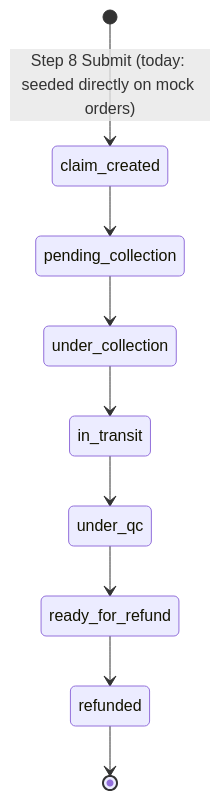
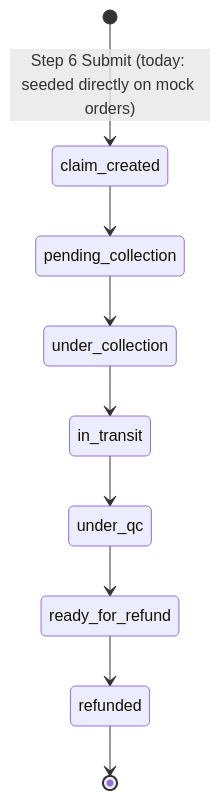
The fourth of 5 diagrams in docs/my-account-flow.md (andrea-revibe/my-account-redesign-v2), drawn with Mermaid before and after one commit. The commit also changed other lines of this file and 17 other files, not shown here.

````diff
--- a/docs/my-account-flow.md
+++ b/docs/my-account-flow.md
@@ -512,11 +510,11 @@
 ```mermaid
 stateDiagram-v2
-    [*] --> claim_created: Step 8 Submit (today: seeded directly on mock orders)
+    [*] --> claim_created: Step 6 Submit (today: seeded directly on mock orders)
     claim_created --> pending_collection
     pending_collection --> under_collection
     under_collection --> in_transit
     in_transit --> under_qc
     under_qc --> ready_for_refund
     ready_for_refund --> refunded
     refunded --> [*]
 ```
````
